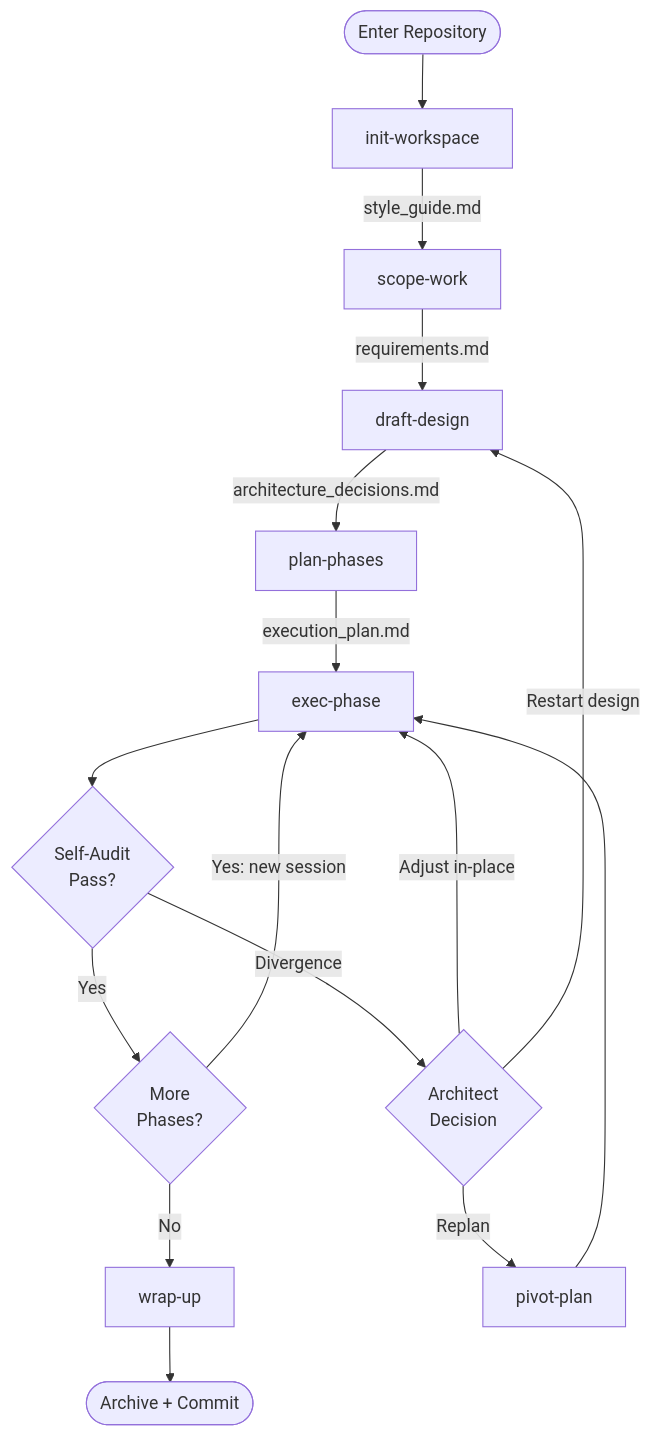
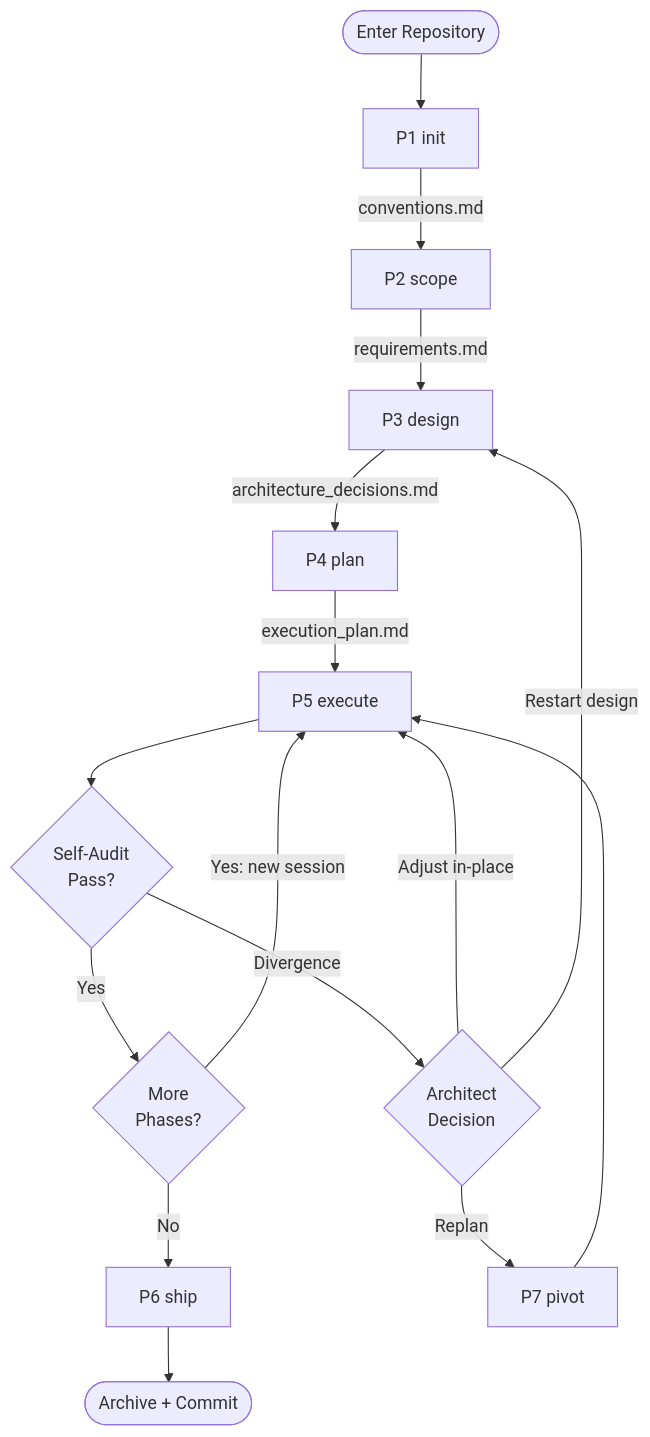
The first of 3 diagrams in README.md (aakarshsingh/architect-typist), drawn with Mermaid before and after one commit. The commit also changed other lines of this file and 40 other files, not shown here.

````diff
--- a/README.md
+++ b/README.md
@@ -57,23 +89,23 @@
 ```mermaid
 flowchart TD
-    START([Enter Repository]) --> INIT[init-workspace]
-    INIT -->|style_guide.md| SCOPE[scope-work]
-    SCOPE -->|requirements.md| DESIGN[draft-design]
-    DESIGN -->|architecture_decisions.md| PLAN[plan-phases]
-    PLAN -->|execution_plan.md| EXEC[exec-phase]
+    START([Enter Repository]) --> INIT[P1 init]
+    INIT -->|conventions.md| SCOPE[P2 scope]
+    SCOPE -->|requirements.md| DESIGN[P3 design]
+    DESIGN -->|architecture_decisions.md| PLAN[P4 plan]
+    PLAN -->|execution_plan.md| EXEC[P5 execute]
 
     EXEC --> AUDIT{Self-Audit\nPass?}
     AUDIT -->|Yes| DONE{More\nPhases?}
     AUDIT -->|Divergence| PIVOT_Q{Architect\nDecision}
 
     DONE -->|Yes: new session| EXEC
-    DONE -->|No| WRAP[wrap-up]
+    DONE -->|No| SHIP[P6 ship]
 
     PIVOT_Q -->|Adjust in-place| EXEC
-    PIVOT_Q -->|Replan| PIVOT[pivot-plan]
+    PIVOT_Q -->|Replan| PIVOT[P7 pivot]
     PIVOT_Q -->|Restart design| DESIGN
 
     PIVOT --> EXEC
 
-    WRAP --> ARCHIVE([Archive + Commit])
+    SHIP --> ARCHIVE([Archive + Commit])
 ```
````
